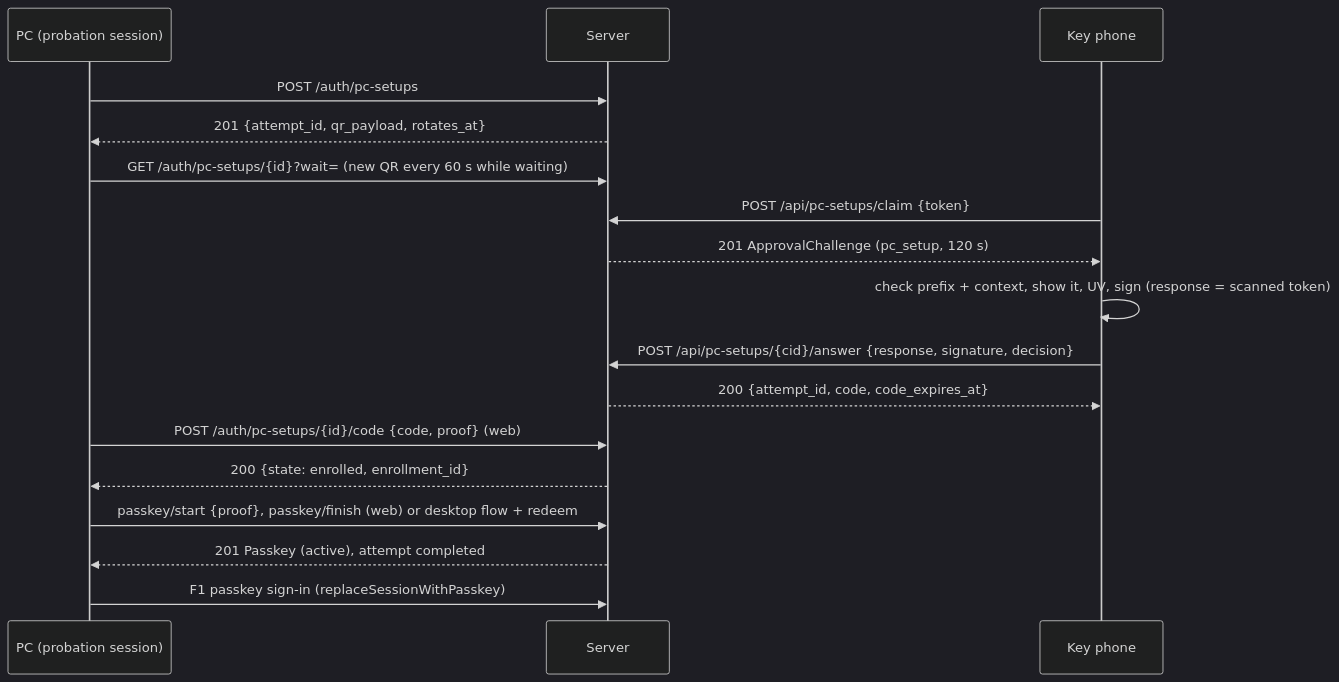
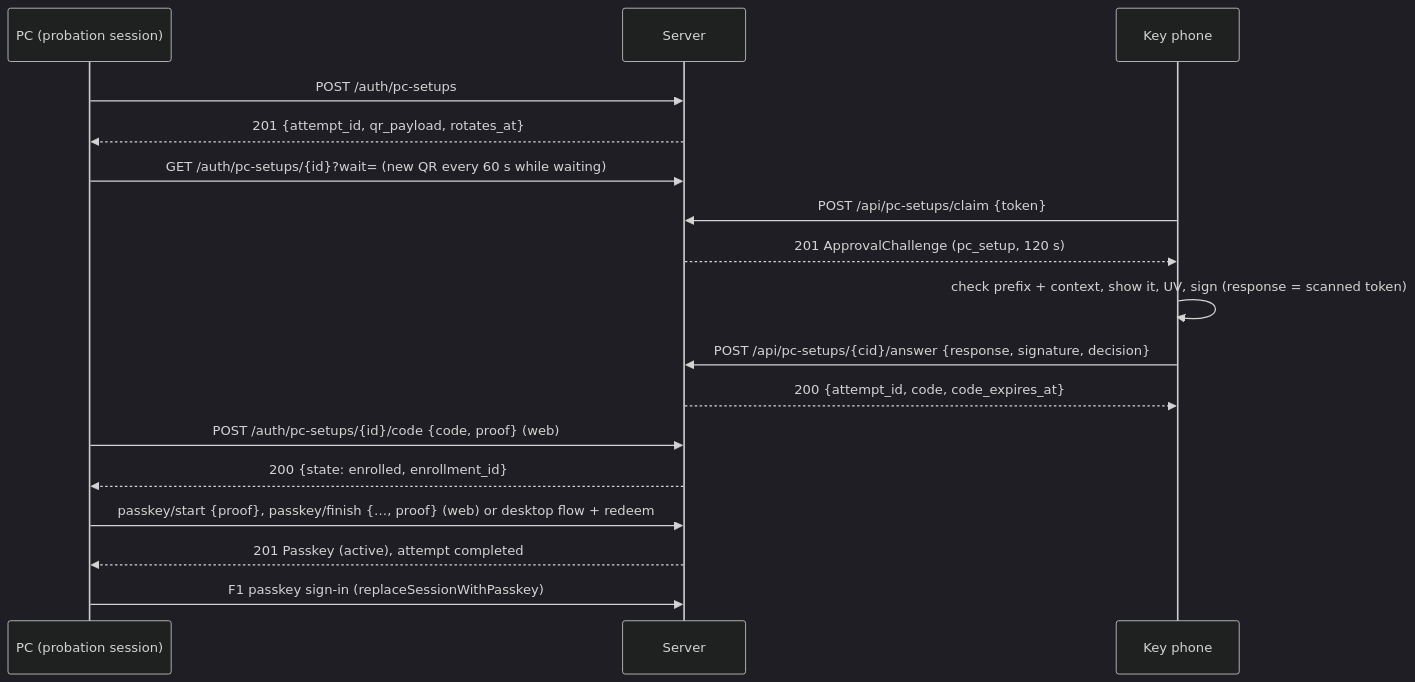
The ninth of 11 diagrams in docs/admin-guide/features/login/technical-reference.md (Detair/kaiku), drawn with Mermaid (dark theme) before and after one commit. The commit also changed other lines of this file and 9 other files, not shown here.

First line of the commit message:
fix(auth): require the page's proof at the web PC setup passkey finish

````diff
--- a/docs/admin-guide/features/login/technical-reference.md
+++ b/docs/admin-guide/features/login/technical-reference.md
@@ -565,19 +565,19 @@
 ```mermaid
 sequenceDiagram
     participant PC as PC (probation session)
     participant S as Server
     participant P as Key phone
     PC->>S: POST /auth/pc-setups
     S-->>PC: 201 {attempt_id, qr_payload, rotates_at}
     PC->>S: GET /auth/pc-setups/{id}?wait= (new QR every 60 s while waiting)
     P->>S: POST /api/pc-setups/claim {token}
     S-->>P: 201 ApprovalChallenge (pc_setup, 120 s)
     P->>P: check prefix + context, show it, UV, sign (response = scanned token)
     P->>S: POST /api/pc-setups/{cid}/answer {response, signature, decision}
     S-->>P: 200 {attempt_id, code, code_expires_at}
     PC->>S: POST /auth/pc-setups/{id}/code {code, proof} (web)
     S-->>PC: 200 {state: enrolled, enrollment_id}
-    PC->>S: passkey/start {proof}, passkey/finish (web) or desktop flow + redeem
+    PC->>S: passkey/start {proof}, passkey/finish {…, proof} (web) or desktop flow + redeem
     S-->>PC: 201 Passkey (active), attempt completed
     PC->>S: F1 passkey sign-in (replaceSessionWithPasskey)
 ```
````
